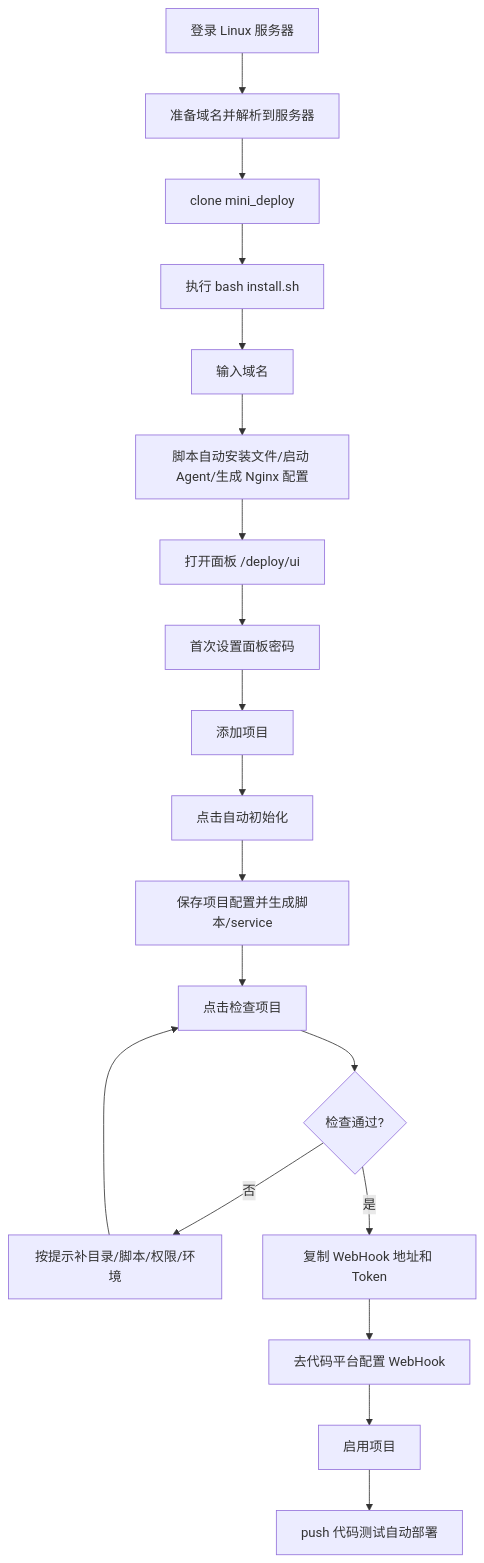
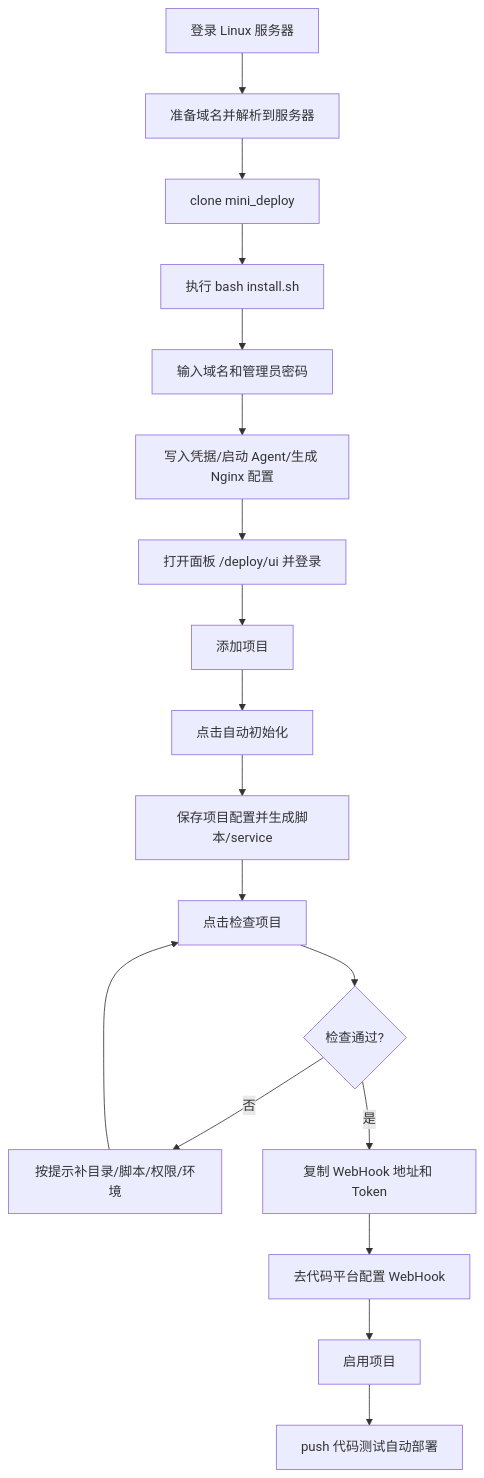
Before and after one commit to jokerXueC/mini_deploy: the second of 7 diagrams in docs/BEGINNER_DEPLOY_FLOW.zh-CN.md, drawn with Mermaid. The commit also changed other lines of this file and 41 other files, not shown here.

````diff
--- a/docs/BEGINNER_DEPLOY_FLOW.zh-CN.md
+++ b/docs/BEGINNER_DEPLOY_FLOW.zh-CN.md
@@ -93,21 +99,20 @@
 ```mermaid
 flowchart TD
     A[登录 Linux 服务器] --> B[准备域名并解析到服务器]
     B --> C[clone mini_deploy]
     C --> D[执行 bash install.sh]
-    D --> E[输入域名]
-    E --> F[脚本自动安装文件/启动 Agent/生成 Nginx 配置]
-    F --> G[打开面板 /deploy/ui]
-    G --> H[首次设置面板密码]
-    H --> I[添加项目]
+    D --> E[输入域名和管理员密码]
+    E --> F[写入凭据/启动 Agent/生成 Nginx 配置]
+    F --> G[打开面板 /deploy/ui 并登录]
+    G --> I[添加项目]
     I --> J[点击自动初始化]
     J --> K[保存项目配置并生成脚本/service]
     K --> L[点击检查项目]
     L --> M{检查通过?}
     M -- 否 --> N[按提示补目录/脚本/权限/环境]
     N --> L
     M -- 是 --> O[复制 WebHook 地址和 Token]
     O --> P[去代码平台配置 WebHook]
     P --> Q[启用项目]
     Q --> R[push 代码测试自动部署]
 ```
````
